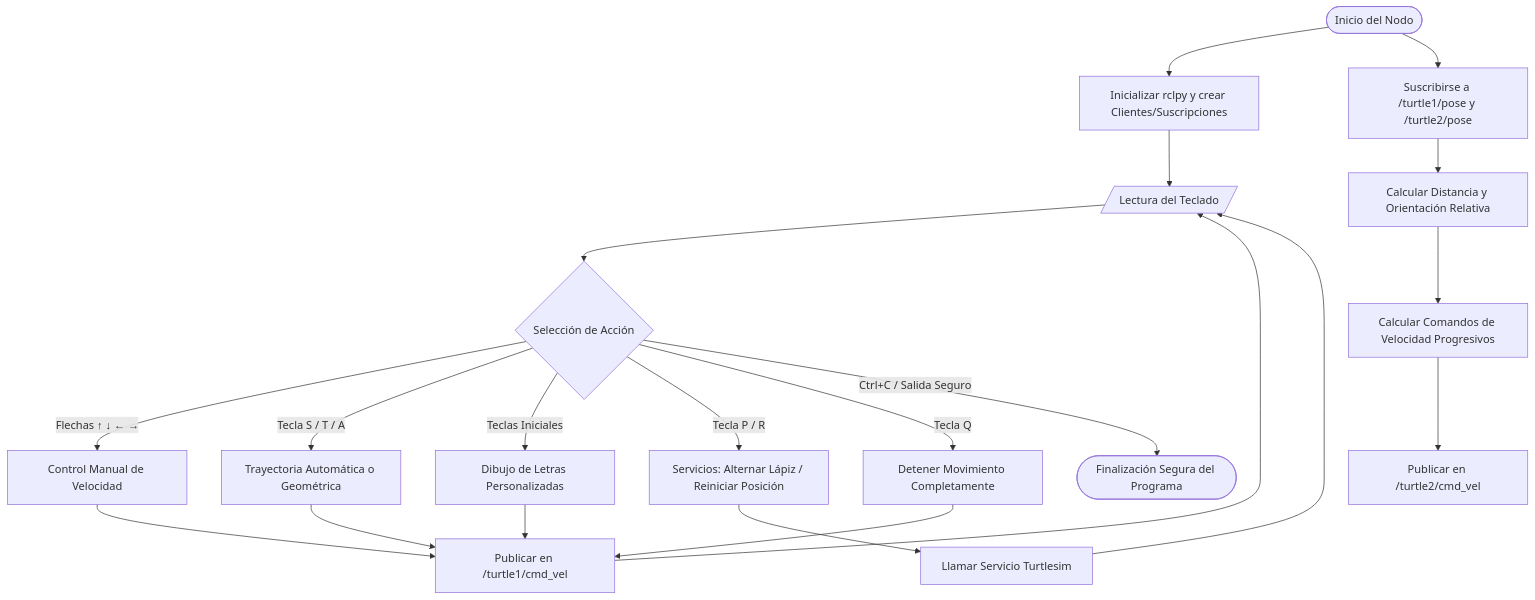
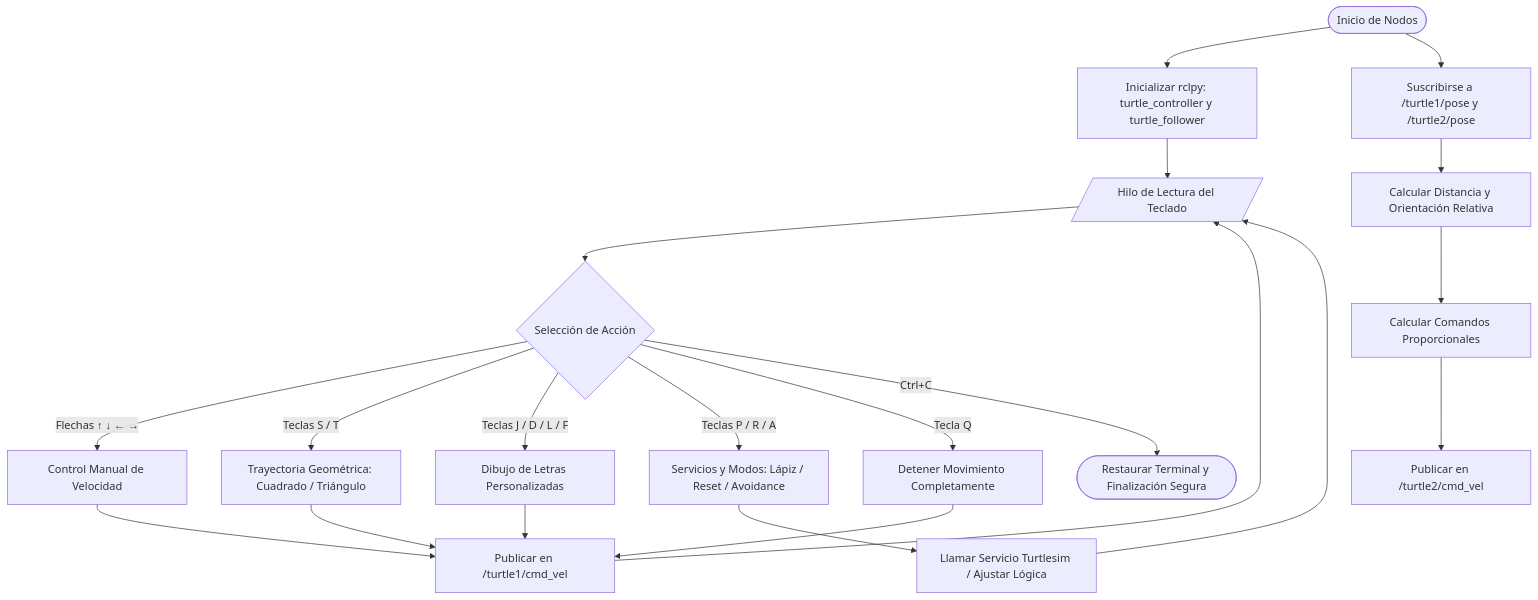
The diagram in README.md (AxumII/Lab4), drawn with Mermaid before and after one commit. The commit also changed other lines of this file, not shown here.

````diff
--- a/README.md
+++ b/README.md
@@ -22,35 +22,35 @@
 ```mermaid
 graph TD
-    A([Inicio del Nodo]) --> B[Inicializar rclpy y crear Clientes/Suscripciones]
-    B --> C[/Lectura del Teclado/]
+    A([Inicio de Nodos]) --> B[Inicializar rclpy: turtle_controller y turtle_follower]
+    B --> C[/Hilo de Lectura del Teclado/]
     C --> D{Selección de Acción}
     
     %% Control Manual
     D -- Flechas ↑ ↓ ← → --> E[Control Manual de Velocidad]
     E --> I[Publicar en /turtle1/cmd_vel]
     
     %% Trayectorias Automáticas
-    D -- Tecla S / T / A --> F[Trayectoria Automática o Geométrica]
+    D -- Teclas S / T --> F[Trayectoria Geométrica: Cuadrado / Triángulo]
     F --> I
     
     %% Dibujo de Letras
-    D -- Teclas Iniciales --> G[Dibujo de Letras Personalizadas]
+    D -- Teclas J / D / L / F  --> G[Dibujo de Letras Personalizadas]
     G --> I
     
     %% Acciones Complementarias
-    D -- Tecla P / R --> H[Servicios: Alternar Lápiz / Reiniciar Posición]
-    H --> J[Llamar Servicio Turtlesim]
+    D -- Teclas P / R / A --> H[Servicios y Modos: Lápiz / Reset / Avoidance]
+    H --> J[Llamar Servicio Turtlesim / Ajustar Lógica]
     
     %% Sistema Líder-Seguidor
     A --> K[Suscribirse a /turtle1/pose y /turtle2/pose]
     K --> L[Calcular Distancia y Orientación Relativa]
-    L --> M[Calcular Comandos de Velocidad Progresivos]
+    L --> M[Calcular Comandos Proporcionales]
     M --> N[Publicar en /turtle2/cmd_vel]
     
     %% Detención y Cierre
     D -- Tecla Q --> O[Detener Movimiento Completamente]
     O --> I
-    D -- Ctrl+C / Salida Seguro --> P([Finalización Segura del Programa])
+    D -- Ctrl+C --> P([Restaurar Terminal y Finalización Segura])
     J --> C
     I --> C
 ```
````
